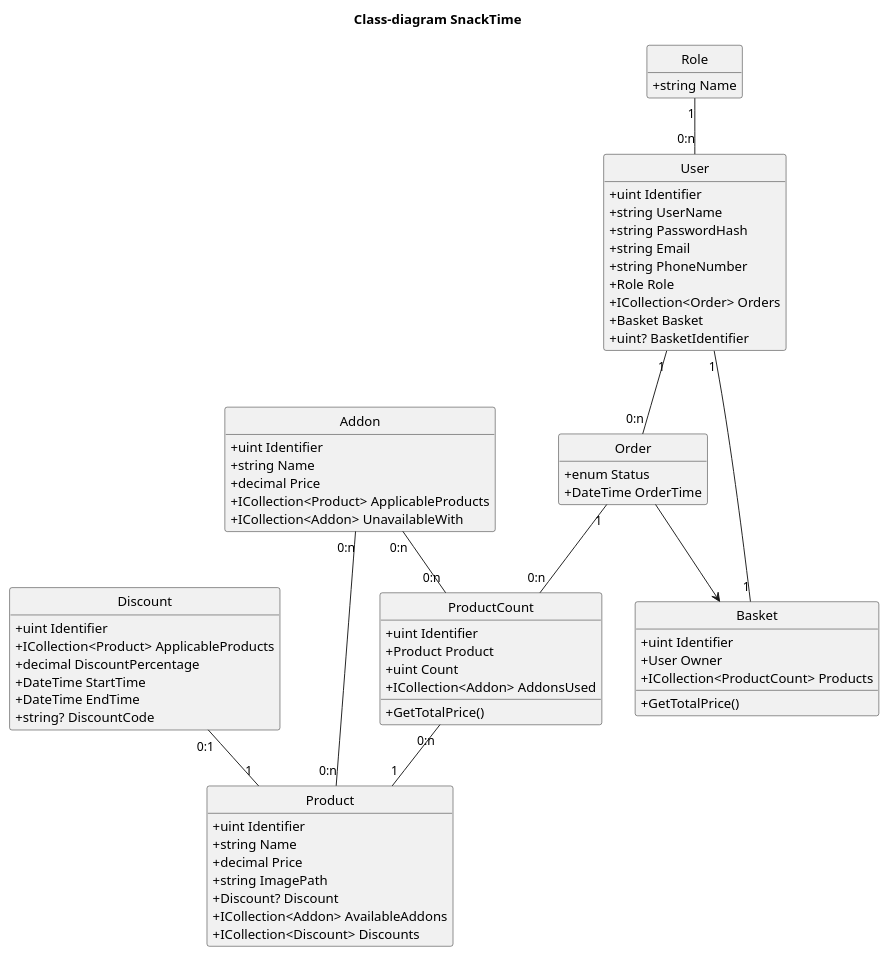
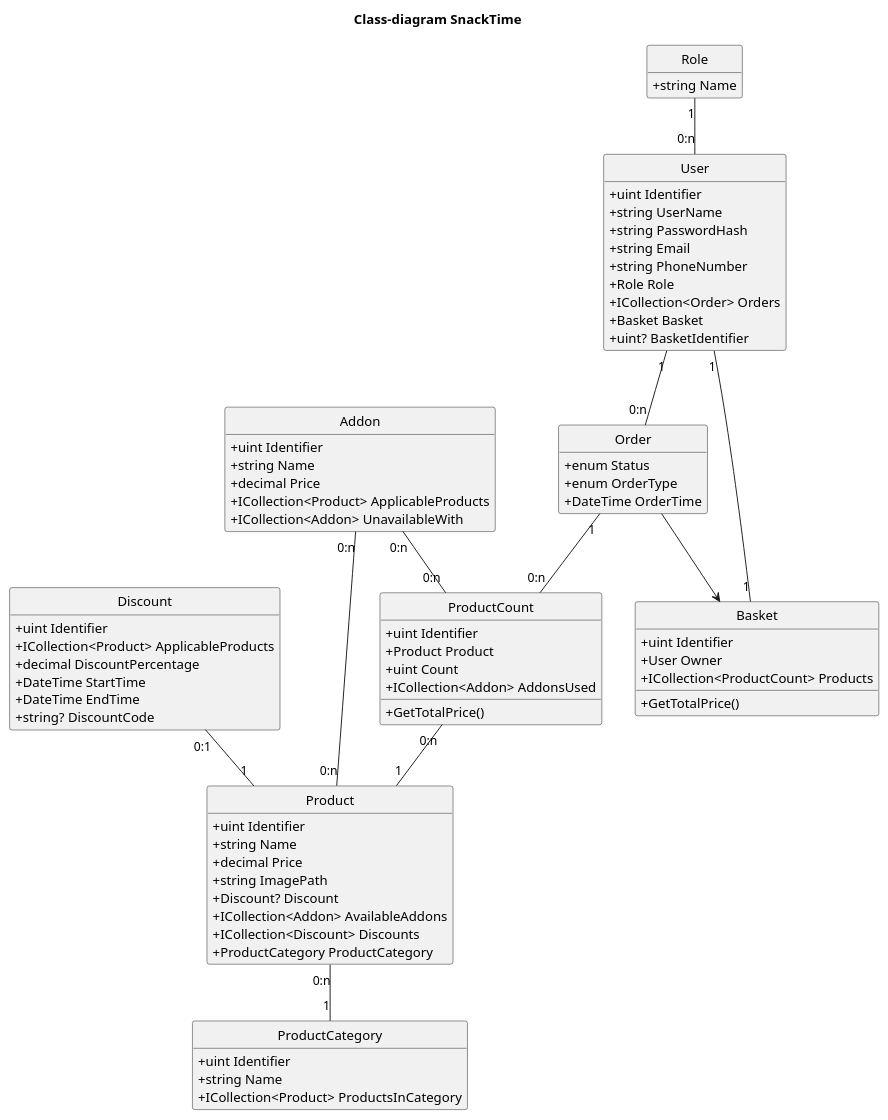
The diagram in SnackTime/Uml/ClassDiagram.puml (kinggeert/SnackTime), drawn with PlantUML before and after one commit.

Commit message:
Added ProductCategory and ordertype to class diagram

```diff
--- a/SnackTime/Uml/ClassDiagram.puml
+++ b/SnackTime/Uml/ClassDiagram.puml
@@ -1,87 +1,96 @@
 @startuml
 hide circle
 hide empty members
 skinparam classAttributeIconSize 0
 skinparam packageStyle rectangle
 title Class-diagram SnackTime
 
 
 class User {
     +uint Identifier
     +string UserName
     +string PasswordHash
     +string Email
     +string PhoneNumber
     +Role Role
     +ICollection<Order> Orders
     +Basket Basket
     +uint? BasketIdentifier
 }
 
 class Role {
     +string Name
 }
 
 class Product {
     +uint Identifier
     +string Name
     +decimal Price
     +string ImagePath
     +Discount? Discount
     +ICollection<Addon> AvailableAddons
     +ICollection<Discount> Discounts
+    +ProductCategory ProductCategory
 }
 
 class ProductCount {
     +uint Identifier
     +Product Product
     +uint Count
     +ICollection<Addon> AddonsUsed
     
     +GetTotalPrice()
 }
 
 class Basket {
     +uint Identifier
     +User Owner
     +ICollection<ProductCount> Products
     
     +GetTotalPrice()
 }
 
 class Order {
     +enum Status
+    +enum OrderType
     +DateTime OrderTime
 }
 
 class Discount {
     +uint Identifier
     +ICollection<Product> ApplicableProducts
     +decimal DiscountPercentage
     +DateTime StartTime
     +DateTime EndTime
     +string? DiscountCode
 }
 
 class Addon {
     +uint Identifier
     +string Name
     +decimal Price
     +ICollection<Product> ApplicableProducts
     +ICollection<Addon> UnavailableWith
 }
 
+class ProductCategory {
+    +uint Identifier
+    +string Name
+    +ICollection<Product> ProductsInCategory
+}
+
 User "1" -- "0:n" Order
 Order "1" -- "0:n" ProductCount
 ProductCount "0:n" -- "1" Product
 Discount "0:1" -- "1" Product
 User "1" -- "1" Basket
 Addon "0:n" -- "0:n" Product
 Addon "0:n" -- "0:n" ProductCount
 Role "1" -- "0:n" User
+Product "0:n" -- "1" ProductCategory
 
 Order --> Basket
 
 
 
 @enduml
```
